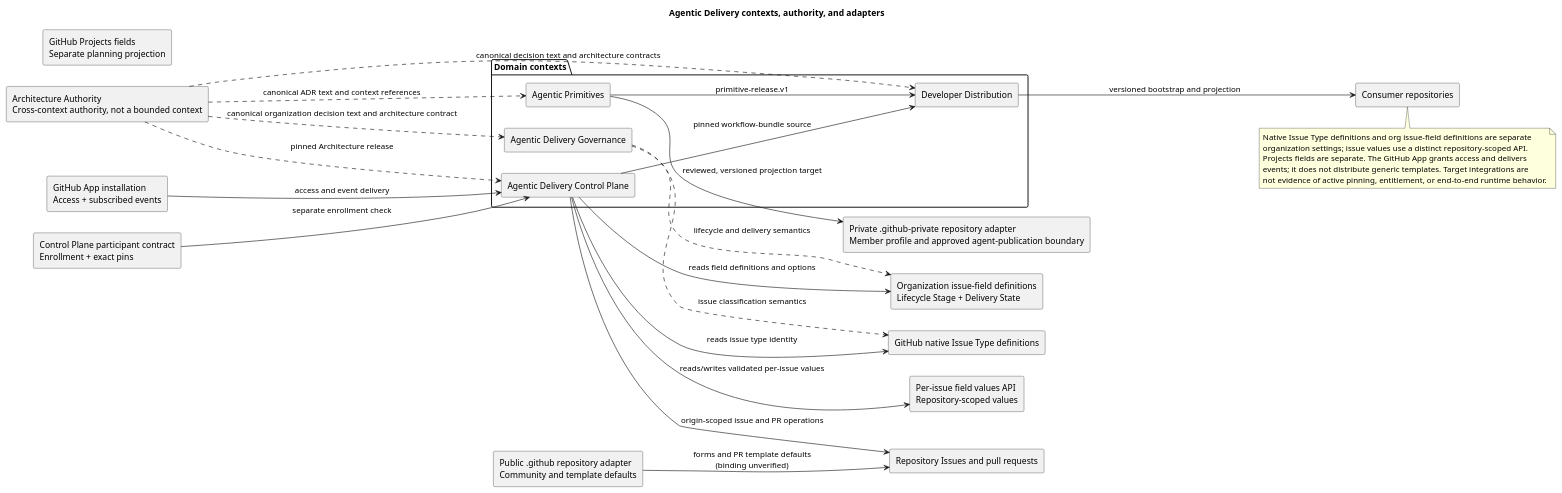
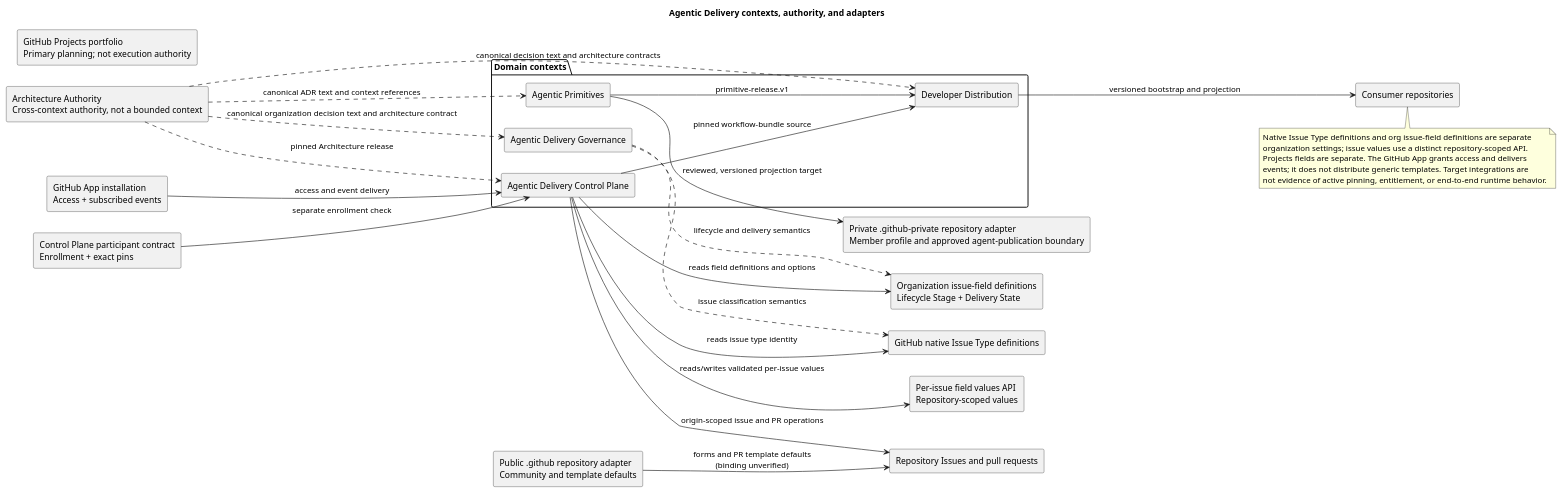
One commit to agentic-delivery-lab/agentic-delivery-architecture changed the diagram in architecture/diagrams/plantuml/bounded-contexts.puml. Above: the diagram before and after it, drawn with PlantUML. The commit also changed 42 other files, not shown here.

Commit message:
docs(architecture): 🎯 add outcome-led strategy blueprint

```diff
--- a/architecture/diagrams/plantuml/bounded-contexts.puml
+++ b/architecture/diagrams/plantuml/bounded-contexts.puml
@@ -1,48 +1,48 @@
 @startuml
 title Agentic Delivery contexts, authority, and adapters
 left to right direction
 package "Domain contexts" {
   rectangle "Agentic Delivery Governance" as governance
   rectangle "Agentic Delivery Control Plane" as control
   rectangle "Agentic Primitives" as primitives
   rectangle "Developer Distribution" as distribution
 }
 rectangle "Architecture Authority\nCross-context authority, not a bounded context" as architecture
 rectangle "Public .github repository adapter\nCommunity and template defaults" as public
 rectangle "Private .github-private repository adapter\nMember profile and approved agent-publication boundary" as private
 rectangle "GitHub native Issue Type definitions" as nativeTypes
 rectangle "Organization issue-field definitions\nLifecycle Stage + Delivery State" as fieldDefinitions
-rectangle "GitHub Projects fields\nSeparate planning projection" as projects
+rectangle "GitHub Projects portfolio\nPrimary planning; not execution authority" as projects
 rectangle "GitHub App installation\nAccess + subscribed events" as app
 rectangle "Repository Issues and pull requests" as work
 rectangle "Per-issue field values API\nRepository-scoped values" as fieldValues
 rectangle "Control Plane participant contract\nEnrollment + exact pins" as participants
 rectangle "Consumer repositories" as consumers
 
 architecture ..> governance : canonical organization decision text and architecture contract
 architecture ..> control : pinned Architecture release
 architecture ..> primitives : canonical ADR text and context references
 architecture ..> distribution : canonical decision text and architecture contracts
 app --> control : access and event delivery
 participants --> control : separate enrollment check
 control --> nativeTypes : reads issue type identity
 control --> fieldDefinitions : reads field definitions and options
 control --> fieldValues : reads/writes validated per-issue values
 control --> work : origin-scoped issue and PR operations
 governance ..> nativeTypes : issue classification semantics
 governance ..> fieldDefinitions : lifecycle and delivery semantics
 public --> work : forms and PR template defaults\n(binding unverified)
 primitives --> private : reviewed, versioned projection target
 primitives --> distribution : primitive-release.v1
 control --> distribution : pinned workflow-bundle source
 distribution --> consumers : versioned bootstrap and projection
 
 note bottom
   Native Issue Type definitions and org issue-field definitions are separate
   organization settings; issue values use a distinct repository-scoped API.
   Projects fields are separate. The GitHub App grants access and delivers
   events; it does not distribute generic templates. Target integrations are
   not evidence of active pinning, entitlement, or end-to-end runtime behavior.
 end note
 
 @enduml
```
